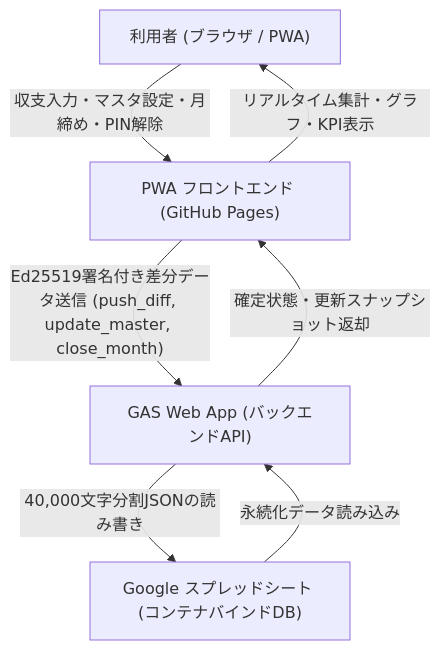
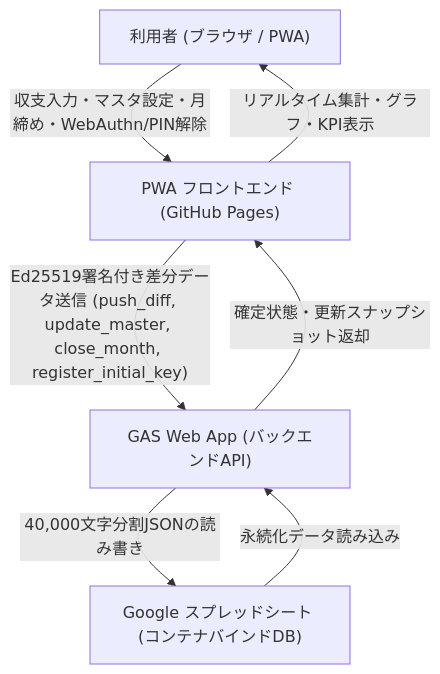
Before and after one commit to tekuteku-life/yose: the first of 11 diagrams in docs/system_design.md, drawn with Mermaid. The commit also changed other lines of this file and 16 other files, not shown here.

First line of the commit message:
feat: implement WebAuthn authentication, at-rest AES-GCM encryption, asset consolidation, and UI improvements

````diff
--- a/docs/system_design.md
+++ b/docs/system_design.md
@@ -505,14 +520,14 @@
 ```mermaid
 flowchart TD
     User["利用者 (ブラウザ / PWA)"]
     PWA["PWA フロントエンド (GitHub Pages)"]
     GAS["GAS Web App (バックエンドAPI)"]
     SS["Google スプレッドシート (コンテナバインドDB)"]
 
-    User -- "収支入力・マスタ設定・月締め・PIN解除" --> PWA
+    User -- "収支入力・マスタ設定・月締め・WebAuthn/PIN解除" --> PWA
     PWA -- "リアルタイム集計・グラフ・KPI表示" --> User
-    PWA -- "Ed25519署名付き差分データ送信 (push_diff, update_master, close_month)" --> GAS
+    PWA -- "Ed25519署名付き差分データ送信 (push_diff, update_master, close_month, register_initial_key)" --> GAS
     GAS -- "確定状態・更新スナップショット返却" --> PWA
     GAS -- "40,000文字分割JSONの読み書き" --> SS
     SS -- "永続化データ読み込み" --> GAS
 ```
````
